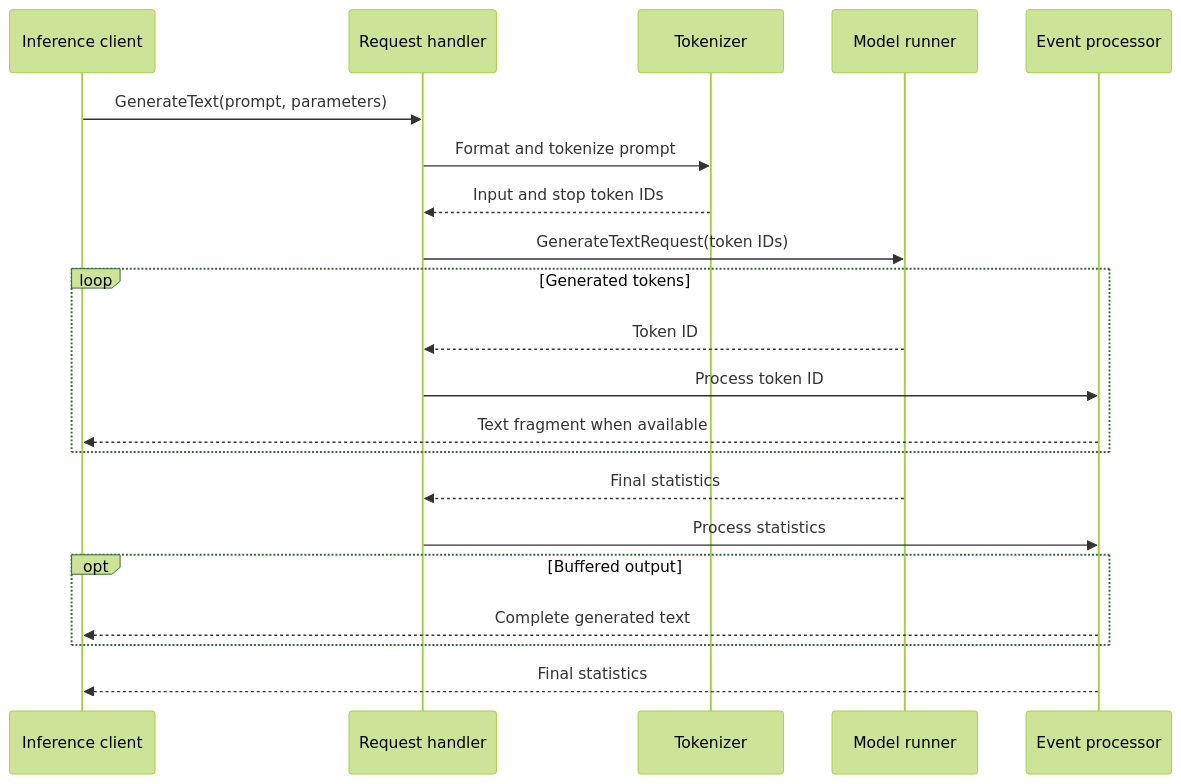
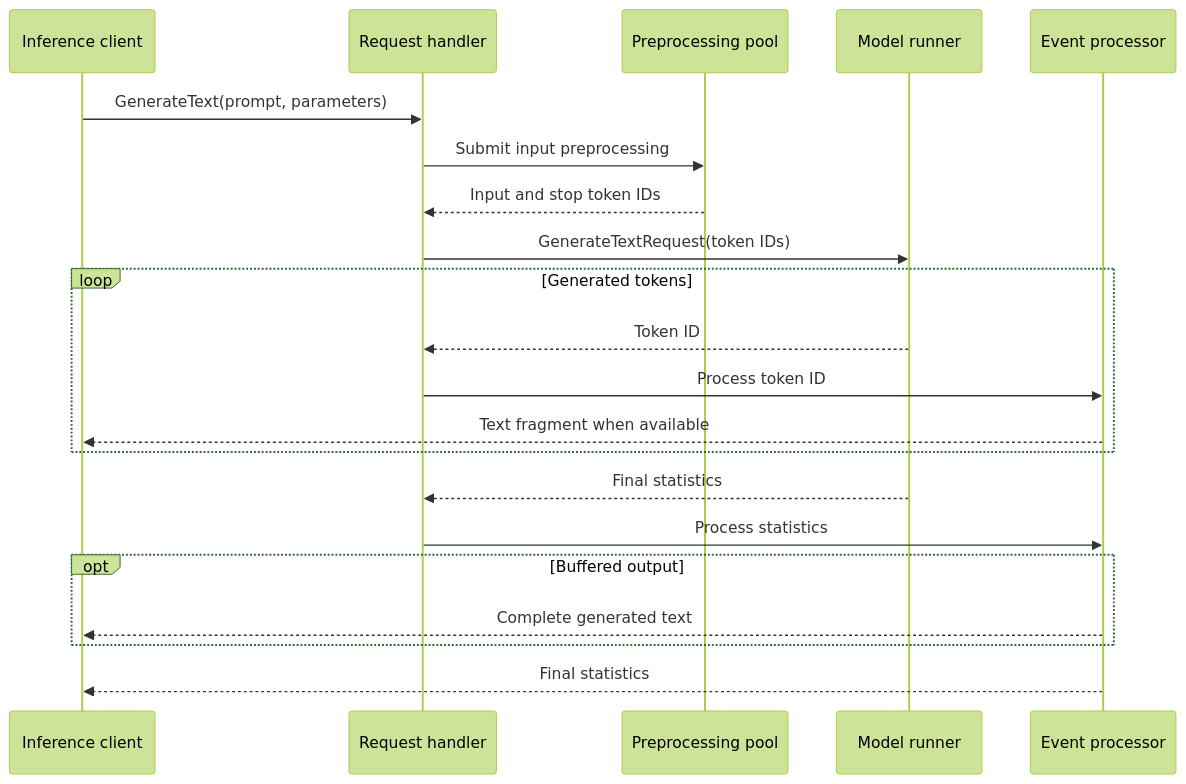
One commit to lun0522/mini-vllm-rs changed the second of 2 diagrams in src/request_handler/README.md. Above: the diagram before and after it, drawn with Mermaid (forest theme). The commit also changed other lines of this file and 6 other files, not shown here.

First line of the commit message:
Feature: Add concurrent input preprocessing

````diff
--- a/src/request_handler/README.md
+++ b/src/request_handler/README.md
@@ -45,24 +49,24 @@
 ```mermaid
 sequenceDiagram
     participant Caller as Inference client
     participant Handler as Request handler
-    participant Tokenizer as Tokenizer
+    participant Preprocessing as Preprocessing pool
     participant Runner as Model runner
     participant Events as Event processor
 
     Caller->>Handler: GenerateText(prompt, parameters)
-    Handler->>Tokenizer: Format and tokenize prompt
-    Tokenizer-->>Handler: Input and stop token IDs
+    Handler->>Preprocessing: Submit input preprocessing
+    Preprocessing-->>Handler: Input and stop token IDs
     Handler->>Runner: GenerateTextRequest(token IDs)
     loop Generated tokens
         Runner-->>Handler: Token ID
         Handler->>Events: Process token ID
         Events-->>Caller: Text fragment when available
     end
     Runner-->>Handler: Final statistics
     Handler->>Events: Process statistics
     opt Buffered output
         Events-->>Caller: Complete generated text
     end
     Events-->>Caller: Final statistics
 ```
````
